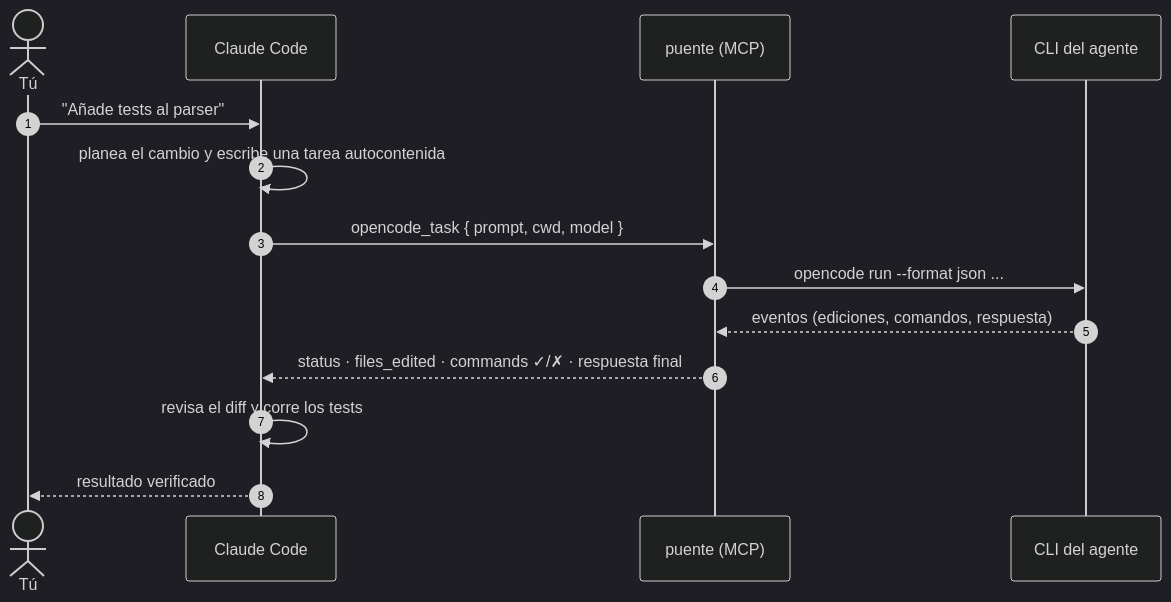
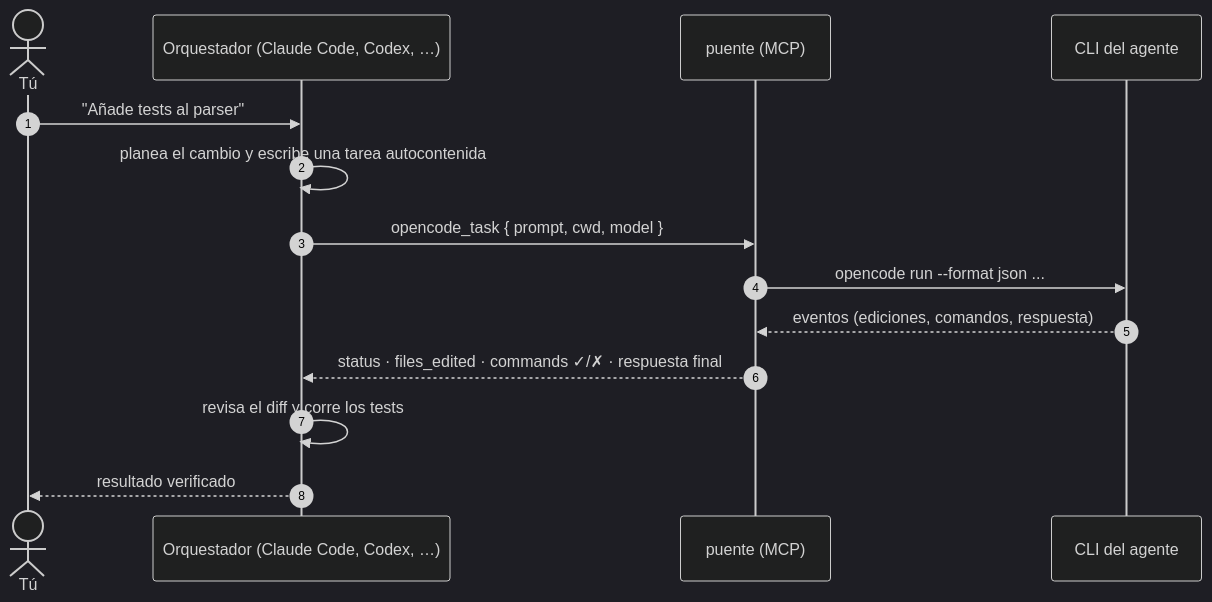
The first of 2 diagrams in README.es.md (ddzendreros/mcp-agent-bridges), drawn with Mermaid (dark theme) before and after one commit. The commit also changed other lines of this file and 24 other files, not shown here.

First line of the commit message:
Add Claude and Codex bridges, setup and doctor commands, MCP tool annotations (1.2.0)

````diff
--- a/README.es.md
+++ b/README.es.md
@@ -79,16 +80,16 @@
 ```mermaid
 sequenceDiagram
     autonumber
     actor Tú
-    participant C as Claude Code
+    participant C as Orquestador (Claude Code, Codex, …)
     participant B as puente (MCP)
     participant A as CLI del agente
     Tú->>C: "Añade tests al parser"
     C->>C: planea el cambio y escribe una tarea autocontenida
     C->>B: opencode_task { prompt, cwd, model }
     B->>A: opencode run --format json ...
     A-->>B: eventos (ediciones, comandos, respuesta)
     B-->>C: status · files_edited · commands ✓/✗ · respuesta final
     C->>C: revisa el diff y corre los tests
     C-->>Tú: resultado verificado
 ```
````
